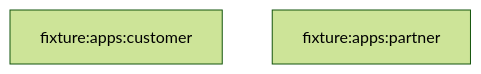
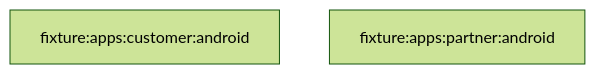
One commit to Thernal/build-kit changed the fifth of 5 diagrams in report/build-waves.md. Above: the diagram before and after it, drawn with Mermaid (forest theme). The commit also changed other lines of this file and 57 other files, not shown here.

````diff
--- a/report/build-waves.md
+++ b/report/build-waves.md
@@ -66,6 +68,6 @@
 ```mermaid
 graph LR
-  fixture_apps_customer["fixture:apps:customer"]
-  fixture_apps_partner["fixture:apps:partner"]
-  fixture_apps_customer ~~~ fixture_apps_partner
+  fixture_apps_customer_android["fixture:apps:customer:android"]
+  fixture_apps_partner_android["fixture:apps:partner:android"]
+  fixture_apps_customer_android ~~~ fixture_apps_partner_android
 ```
````
